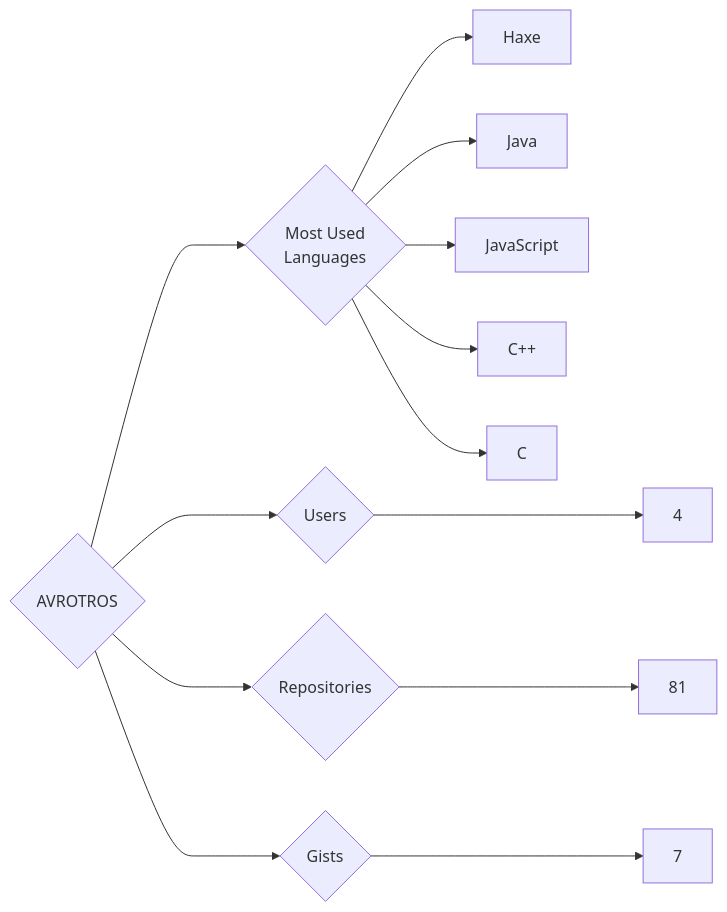
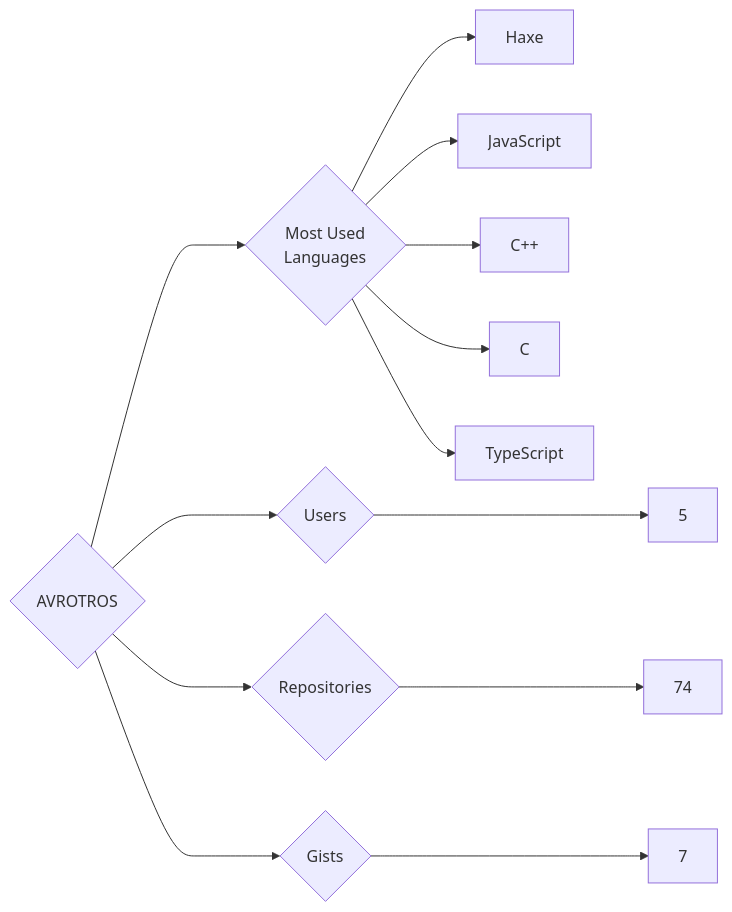
One commit to trickest/insiders changed the diagram in targets/AVROTROS/README.md. Above: the diagram before and after it, drawn with Mermaid. The commit also changed 749 other files, not shown here.

````diff
--- a/targets/AVROTROS/README.md
+++ b/targets/AVROTROS/README.md
@@ -3,13 +3,13 @@
 ```mermaid
 graph LR
 COMPANY_NAME{AVROTROS}
-COMPANY_NAME ---> U{Users} ---> UN[4]
-COMPANY_NAME ---> R{Repositories} ---> RN[81]
+COMPANY_NAME ---> U{Users} ---> UN[5]
+COMPANY_NAME ---> R{Repositories} ---> RN[74]
 COMPANY_NAME ---> G{Gists} ---> GN[7]
 COMPANY_NAME ---> ML{Most Used<br>Languages}
 ML --> Haxe[Haxe]
-ML --> Java[Java]
 ML --> JavaScript[JavaScript]
 ML --> C++[C++]
 ML --> C[C]
+ML --> TypeScript[TypeScript]
 ```
````
